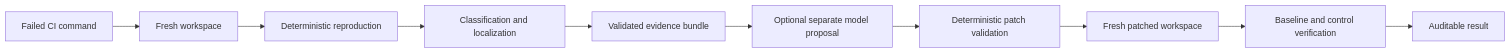
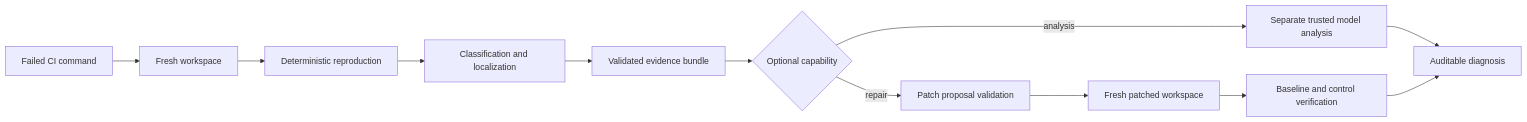
Before and after one commit to causent/causent: the diagram in README.md, drawn with Mermaid. The commit also changed other lines of this file, not shown here.

Commit message:
docs: document optional GitHub model analysis

````diff
--- a/README.md
+++ b/README.md
@@ -86,12 +87,14 @@
 ```mermaid
 flowchart LR
     A[Failed CI command] --> B[Fresh workspace]
     B --> C[Deterministic reproduction]
     C --> D[Classification and localization]
     D --> E[Validated evidence bundle]
-    E --> F[Optional separate model proposal]
-    F --> G[Deterministic patch validation]
-    G --> H[Fresh patched workspace]
-    H --> I[Baseline and control verification]
-    I --> J[Auditable result]
+    E --> F{Optional capability}
+    F -->|analysis| G[Separate trusted model analysis]
+    F -->|repair| H[Patch proposal validation]
+    H --> I[Fresh patched workspace]
+    I --> J[Baseline and control verification]
+    G --> K[Auditable diagnosis]
+    J --> K
 ```
````
